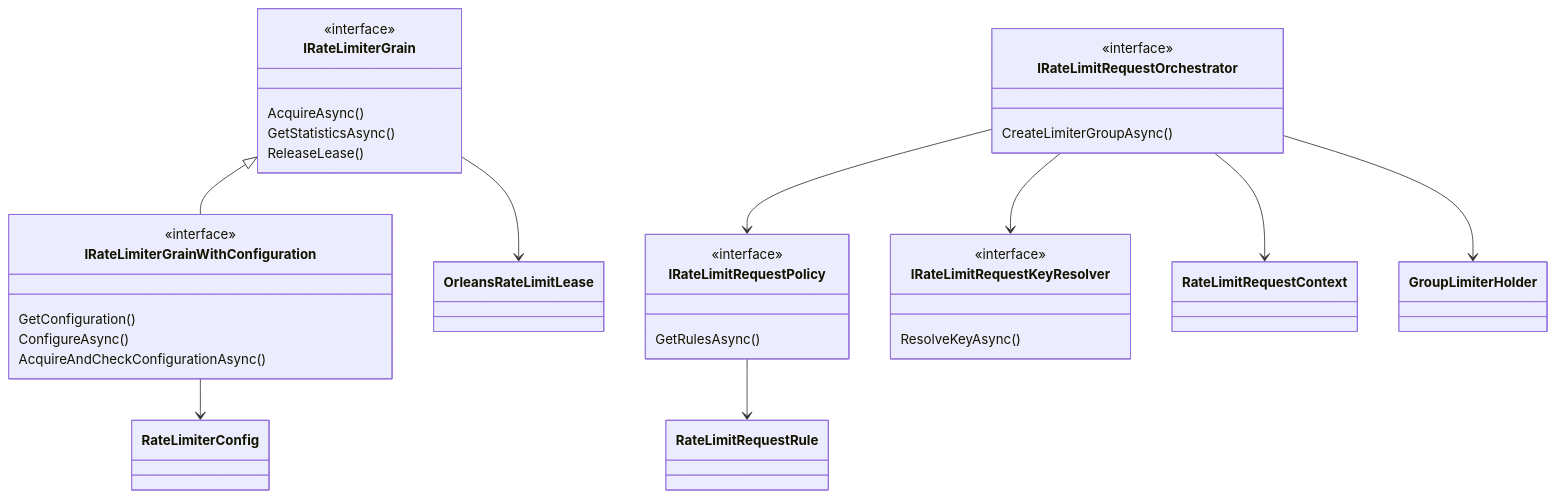
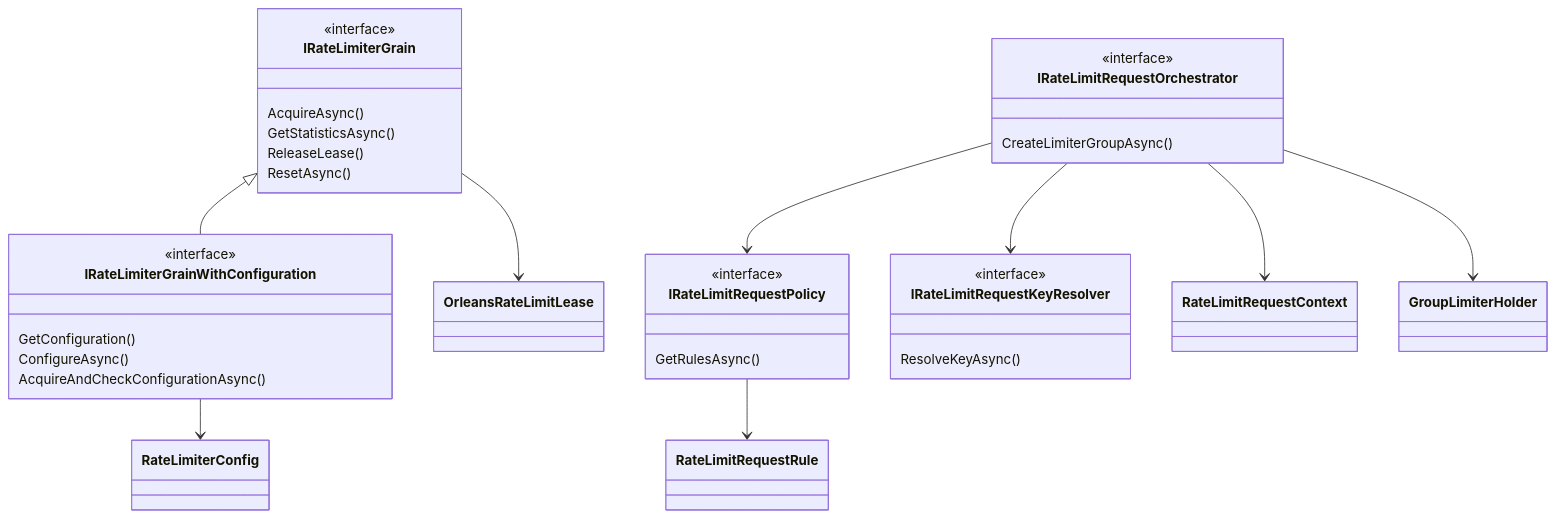
Before and after one commit to managedcode/Orleans.RateLimiting: the third of 3 diagrams in docs/Architecture.md, drawn with Mermaid. The commit also changed other lines of this file and 12 other files, not shown here.

````diff
--- a/docs/Architecture.md
+++ b/docs/Architecture.md
@@ -53,41 +55,42 @@
 ```mermaid
 classDiagram
     class IRateLimiterGrain {
         <<interface>>
         AcquireAsync()
         GetStatisticsAsync()
         ReleaseLease()
+        ResetAsync()
     }
     class IRateLimiterGrainWithConfiguration {
         <<interface>>
         GetConfiguration()
         ConfigureAsync()
         AcquireAndCheckConfigurationAsync()
     }
     class IRateLimitRequestOrchestrator {
         <<interface>>
         CreateLimiterGroupAsync()
     }
     class IRateLimitRequestPolicy {
         <<interface>>
         GetRulesAsync()
     }
     class IRateLimitRequestKeyResolver {
         <<interface>>
         ResolveKeyAsync()
     }
     class OrleansRateLimitLease
     class RateLimiterConfig
     class RateLimitRequestRule
     class RateLimitRequestContext
     class GroupLimiterHolder
 
     IRateLimiterGrain <|-- IRateLimiterGrainWithConfiguration
     IRateLimiterGrain --> OrleansRateLimitLease
     IRateLimiterGrainWithConfiguration --> RateLimiterConfig
     IRateLimitRequestOrchestrator --> IRateLimitRequestPolicy
     IRateLimitRequestOrchestrator --> IRateLimitRequestKeyResolver
     IRateLimitRequestPolicy --> RateLimitRequestRule
     IRateLimitRequestOrchestrator --> RateLimitRequestContext
     IRateLimitRequestOrchestrator --> GroupLimiterHolder
 ```
````
